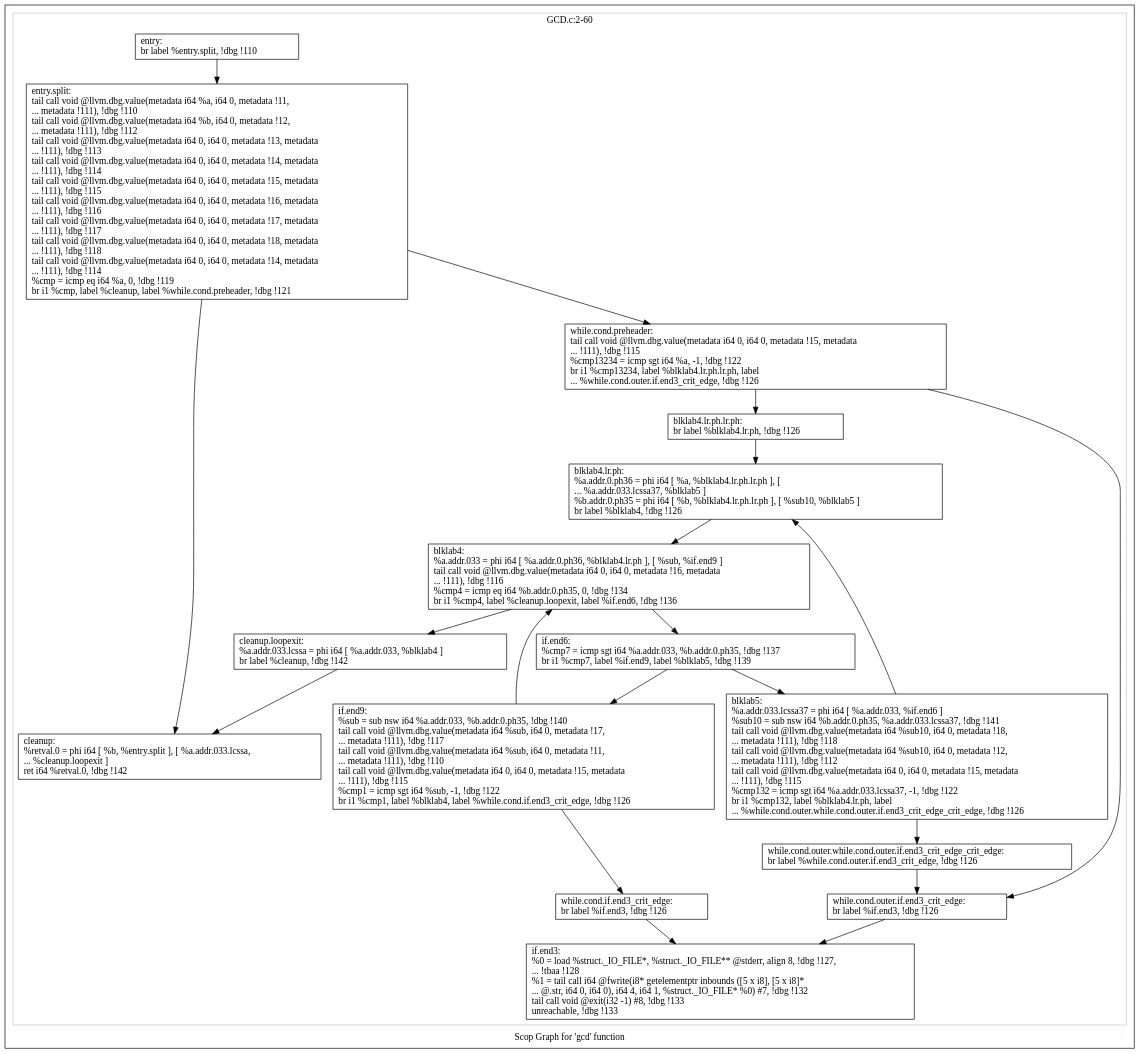
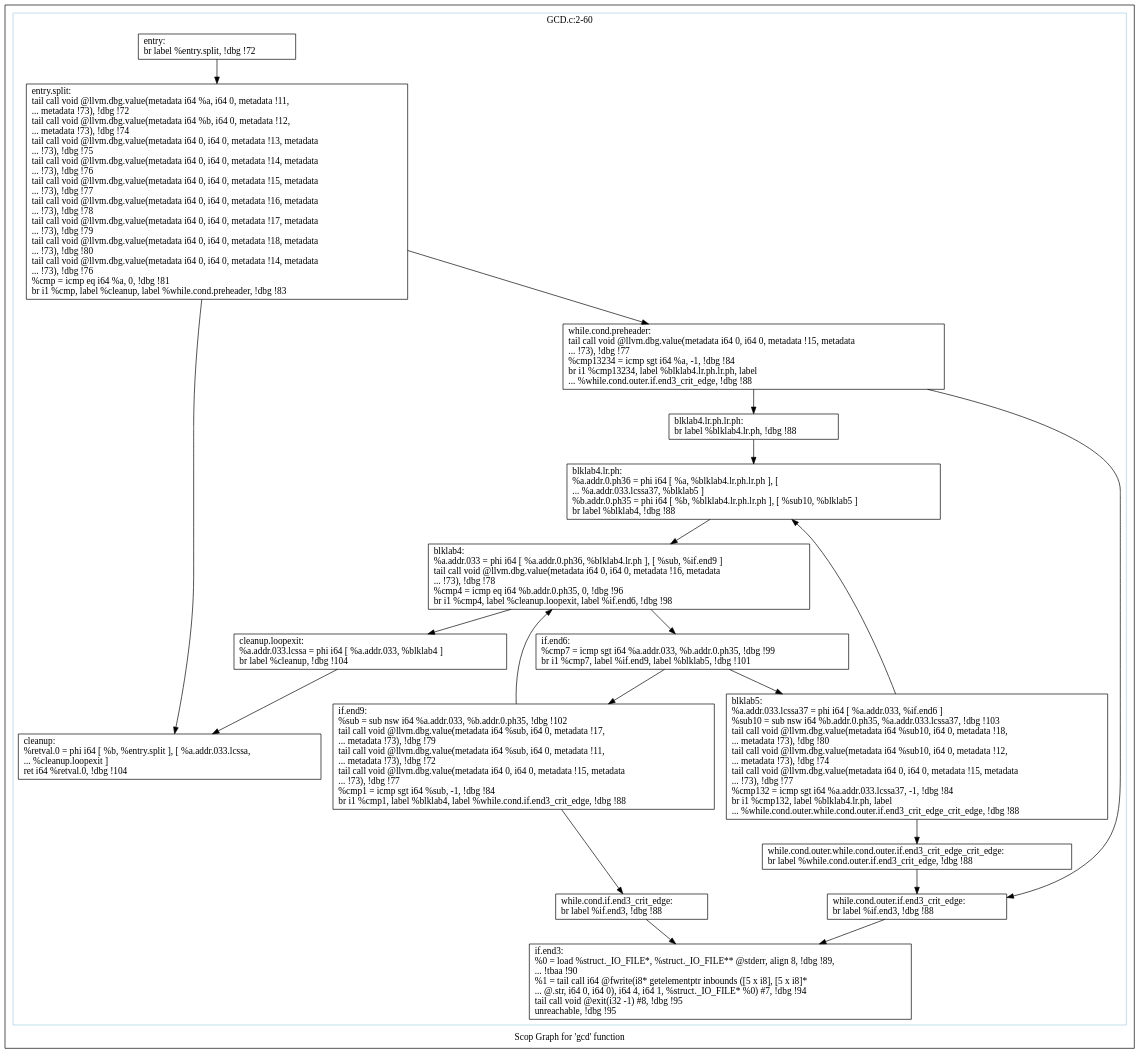
The diagram in polly/GCD/impl/autogenerate/dot/scops.gcd.dot (samminweng/WhileyOpenCL), drawn with Graphviz before and after one commit. The commit also changed 37 other files, not shown here.

```diff
--- a/polly/GCD/impl/autogenerate/dot/scops.gcd.dot
+++ b/polly/GCD/impl/autogenerate/dot/scops.gcd.dot
@@ -1,60 +1,60 @@
 digraph "Scop Graph for 'gcd' function" {
 	label="Scop Graph for 'gcd' function";
 
-	Node0xa81be10 [shape=record,label="{entry:\l  br label %entry.split, !dbg !110\l}"];
-	Node0xa81be10 -> Node0xa8071f0;
-	Node0xa8071f0 [shape=record,label="{entry.split:                                      \l  tail call void @llvm.dbg.value(metadata i64 %a, i64 0, metadata !11,\l... metadata !111), !dbg !110\l  tail call void @llvm.dbg.value(metadata i64 %b, i64 0, metadata !12,\l... metadata !111), !dbg !112\l  tail call void @llvm.dbg.value(metadata i64 0, i64 0, metadata !13, metadata\l... !111), !dbg !113\l  tail call void @llvm.dbg.value(metadata i64 0, i64 0, metadata !14, metadata\l... !111), !dbg !114\l  tail call void @llvm.dbg.value(metadata i64 0, i64 0, metadata !15, metadata\l... !111), !dbg !115\l  tail call void @llvm.dbg.value(metadata i64 0, i64 0, metadata !16, metadata\l... !111), !dbg !116\l  tail call void @llvm.dbg.value(metadata i64 0, i64 0, metadata !17, metadata\l... !111), !dbg !117\l  tail call void @llvm.dbg.value(metadata i64 0, i64 0, metadata !18, metadata\l... !111), !dbg !118\l  tail call void @llvm.dbg.value(metadata i64 0, i64 0, metadata !14, metadata\l... !111), !dbg !114\l  %cmp = icmp eq i64 %a, 0, !dbg !119\l  br i1 %cmp, label %cleanup, label %while.cond.preheader, !dbg !121\l}"];
-	Node0xa8071f0 -> Node0xa7fb380;
-	Node0xa8071f0 -> Node0xa807c10;
-	Node0xa7fb380 [shape=record,label="{cleanup:                                          \l  %retval.0 = phi i64 [ %b, %entry.split ], [ %a.addr.033.lcssa,\l... %cleanup.loopexit ]\l  ret i64 %retval.0, !dbg !142\l}"];
-	Node0xa807c10 [shape=record,label="{while.cond.preheader:                             \l  tail call void @llvm.dbg.value(metadata i64 0, i64 0, metadata !15, metadata\l... !111), !dbg !115\l  %cmp13234 = icmp sgt i64 %a, -1, !dbg !122\l  br i1 %cmp13234, label %blklab4.lr.ph.lr.ph, label\l... %while.cond.outer.if.end3_crit_edge, !dbg !126\l}"];
-	Node0xa807c10 -> Node0xa840d40;
-	Node0xa807c10 -> Node0xa817ad0;
-	Node0xa840d40 [shape=record,label="{blklab4.lr.ph.lr.ph:                              \l  br label %blklab4.lr.ph, !dbg !126\l}"];
-	Node0xa840d40 -> Node0xa818e20;
-	Node0xa818e20 [shape=record,label="{blklab4.lr.ph:                                    \l  %a.addr.0.ph36 = phi i64 [ %a, %blklab4.lr.ph.lr.ph ], [\l... %a.addr.033.lcssa37, %blklab5 ]\l  %b.addr.0.ph35 = phi i64 [ %b, %blklab4.lr.ph.lr.ph ], [ %sub10, %blklab5 ]\l  br label %blklab4, !dbg !126\l}"];
-	Node0xa818e20 -> Node0xa7f9ee0;
-	Node0xa7f9ee0 [shape=record,label="{blklab4:                                          \l  %a.addr.033 = phi i64 [ %a.addr.0.ph36, %blklab4.lr.ph ], [ %sub, %if.end9 ]\l  tail call void @llvm.dbg.value(metadata i64 0, i64 0, metadata !16, metadata\l... !111), !dbg !116\l  %cmp4 = icmp eq i64 %b.addr.0.ph35, 0, !dbg !134\l  br i1 %cmp4, label %cleanup.loopexit, label %if.end6, !dbg !136\l}"];
-	Node0xa7f9ee0 -> Node0xa7f5850;
-	Node0xa7f9ee0 -> Node0xa82dd10;
-	Node0xa7f5850 [shape=record,label="{cleanup.loopexit:                                 \l  %a.addr.033.lcssa = phi i64 [ %a.addr.033, %blklab4 ]\l  br label %cleanup, !dbg !142\l}"];
-	Node0xa7f5850 -> Node0xa7fb380;
-	Node0xa82dd10 [shape=record,label="{if.end6:                                          \l  %cmp7 = icmp sgt i64 %a.addr.033, %b.addr.0.ph35, !dbg !137\l  br i1 %cmp7, label %if.end9, label %blklab5, !dbg !139\l}"];
-	Node0xa82dd10 -> Node0xa815ea0;
-	Node0xa82dd10 -> Node0xa7f4700;
-	Node0xa815ea0 [shape=record,label="{if.end9:                                          \l  %sub = sub nsw i64 %a.addr.033, %b.addr.0.ph35, !dbg !140\l  tail call void @llvm.dbg.value(metadata i64 %sub, i64 0, metadata !17,\l... metadata !111), !dbg !117\l  tail call void @llvm.dbg.value(metadata i64 %sub, i64 0, metadata !11,\l... metadata !111), !dbg !110\l  tail call void @llvm.dbg.value(metadata i64 0, i64 0, metadata !15, metadata\l... !111), !dbg !115\l  %cmp1 = icmp sgt i64 %sub, -1, !dbg !122\l  br i1 %cmp1, label %blklab4, label %while.cond.if.end3_crit_edge, !dbg !126\l}"];
-	Node0xa815ea0 -> Node0xa7f9ee0;
-	Node0xa815ea0 -> Node0xa842e70;
-	Node0xa842e70 [shape=record,label="{while.cond.if.end3_crit_edge:                     \l  br label %if.end3, !dbg !126\l}"];
-	Node0xa842e70 -> Node0xa8020d0;
-	Node0xa8020d0 [shape=record,label="{if.end3:                                          \l  %0 = load %struct._IO_FILE*, %struct._IO_FILE** @stderr, align 8, !dbg !127,\l... !tbaa !128\l  %1 = tail call i64 @fwrite(i8* getelementptr inbounds ([5 x i8], [5 x i8]*\l... @.str, i64 0, i64 0), i64 4, i64 1, %struct._IO_FILE* %0) #7, !dbg !132\l  tail call void @exit(i32 -1) #8, !dbg !133\l  unreachable, !dbg !133\l}"];
-	Node0xa7f4700 [shape=record,label="{blklab5:                                          \l  %a.addr.033.lcssa37 = phi i64 [ %a.addr.033, %if.end6 ]\l  %sub10 = sub nsw i64 %b.addr.0.ph35, %a.addr.033.lcssa37, !dbg !141\l  tail call void @llvm.dbg.value(metadata i64 %sub10, i64 0, metadata !18,\l... metadata !111), !dbg !118\l  tail call void @llvm.dbg.value(metadata i64 %sub10, i64 0, metadata !12,\l... metadata !111), !dbg !112\l  tail call void @llvm.dbg.value(metadata i64 0, i64 0, metadata !15, metadata\l... !111), !dbg !115\l  %cmp132 = icmp sgt i64 %a.addr.033.lcssa37, -1, !dbg !122\l  br i1 %cmp132, label %blklab4.lr.ph, label\l... %while.cond.outer.while.cond.outer.if.end3_crit_edge_crit_edge, !dbg !126\l}"];
-	Node0xa7f4700 -> Node0xa818e20;
-	Node0xa7f4700 -> Node0xa81b0d0;
-	Node0xa81b0d0 [shape=record,label="{while.cond.outer.while.cond.outer.if.end3_crit_edge_crit_edge: \l  br label %while.cond.outer.if.end3_crit_edge, !dbg !126\l}"];
-	Node0xa81b0d0 -> Node0xa817ad0;
-	Node0xa817ad0 [shape=record,label="{while.cond.outer.if.end3_crit_edge:               \l  br label %if.end3, !dbg !126\l}"];
-	Node0xa817ad0 -> Node0xa8020d0;
+	Node0x9fe7360 [shape=record,label="{entry:\l  br label %entry.split, !dbg !72\l}"];
+	Node0x9fe7360 -> Node0x9fb6e30;
+	Node0x9fb6e30 [shape=record,label="{entry.split:                                      \l  tail call void @llvm.dbg.value(metadata i64 %a, i64 0, metadata !11,\l... metadata !73), !dbg !72\l  tail call void @llvm.dbg.value(metadata i64 %b, i64 0, metadata !12,\l... metadata !73), !dbg !74\l  tail call void @llvm.dbg.value(metadata i64 0, i64 0, metadata !13, metadata\l... !73), !dbg !75\l  tail call void @llvm.dbg.value(metadata i64 0, i64 0, metadata !14, metadata\l... !73), !dbg !76\l  tail call void @llvm.dbg.value(metadata i64 0, i64 0, metadata !15, metadata\l... !73), !dbg !77\l  tail call void @llvm.dbg.value(metadata i64 0, i64 0, metadata !16, metadata\l... !73), !dbg !78\l  tail call void @llvm.dbg.value(metadata i64 0, i64 0, metadata !17, metadata\l... !73), !dbg !79\l  tail call void @llvm.dbg.value(metadata i64 0, i64 0, metadata !18, metadata\l... !73), !dbg !80\l  tail call void @llvm.dbg.value(metadata i64 0, i64 0, metadata !14, metadata\l... !73), !dbg !76\l  %cmp = icmp eq i64 %a, 0, !dbg !81\l  br i1 %cmp, label %cleanup, label %while.cond.preheader, !dbg !83\l}"];
+	Node0x9fb6e30 -> Node0x9fb9080;
+	Node0x9fb6e30 -> Node0x9fe06f0;
+	Node0x9fb9080 [shape=record,label="{cleanup:                                          \l  %retval.0 = phi i64 [ %b, %entry.split ], [ %a.addr.033.lcssa,\l... %cleanup.loopexit ]\l  ret i64 %retval.0, !dbg !104\l}"];
+	Node0x9fe06f0 [shape=record,label="{while.cond.preheader:                             \l  tail call void @llvm.dbg.value(metadata i64 0, i64 0, metadata !15, metadata\l... !73), !dbg !77\l  %cmp13234 = icmp sgt i64 %a, -1, !dbg !84\l  br i1 %cmp13234, label %blklab4.lr.ph.lr.ph, label\l... %while.cond.outer.if.end3_crit_edge, !dbg !88\l}"];
+	Node0x9fe06f0 -> Node0x9ff57a0;
+	Node0x9fe06f0 -> Node0x9fd5390;
+	Node0x9ff57a0 [shape=record,label="{blklab4.lr.ph.lr.ph:                              \l  br label %blklab4.lr.ph, !dbg !88\l}"];
+	Node0x9ff57a0 -> Node0x9fc2a40;
+	Node0x9fc2a40 [shape=record,label="{blklab4.lr.ph:                                    \l  %a.addr.0.ph36 = phi i64 [ %a, %blklab4.lr.ph.lr.ph ], [\l... %a.addr.033.lcssa37, %blklab5 ]\l  %b.addr.0.ph35 = phi i64 [ %b, %blklab4.lr.ph.lr.ph ], [ %sub10, %blklab5 ]\l  br label %blklab4, !dbg !88\l}"];
+	Node0x9fc2a40 -> Node0x9fbd9a0;
+	Node0x9fbd9a0 [shape=record,label="{blklab4:                                          \l  %a.addr.033 = phi i64 [ %a.addr.0.ph36, %blklab4.lr.ph ], [ %sub, %if.end9 ]\l  tail call void @llvm.dbg.value(metadata i64 0, i64 0, metadata !16, metadata\l... !73), !dbg !78\l  %cmp4 = icmp eq i64 %b.addr.0.ph35, 0, !dbg !96\l  br i1 %cmp4, label %cleanup.loopexit, label %if.end6, !dbg !98\l}"];
+	Node0x9fbd9a0 -> Node0x9fd5520;
+	Node0x9fbd9a0 -> Node0x9fe7080;
+	Node0x9fd5520 [shape=record,label="{cleanup.loopexit:                                 \l  %a.addr.033.lcssa = phi i64 [ %a.addr.033, %blklab4 ]\l  br label %cleanup, !dbg !104\l}"];
+	Node0x9fd5520 -> Node0x9fb9080;
+	Node0x9fe7080 [shape=record,label="{if.end6:                                          \l  %cmp7 = icmp sgt i64 %a.addr.033, %b.addr.0.ph35, !dbg !99\l  br i1 %cmp7, label %if.end9, label %blklab5, !dbg !101\l}"];
+	Node0x9fe7080 -> Node0x9fecc30;
+	Node0x9fe7080 -> Node0x9fd5240;
+	Node0x9fecc30 [shape=record,label="{if.end9:                                          \l  %sub = sub nsw i64 %a.addr.033, %b.addr.0.ph35, !dbg !102\l  tail call void @llvm.dbg.value(metadata i64 %sub, i64 0, metadata !17,\l... metadata !73), !dbg !79\l  tail call void @llvm.dbg.value(metadata i64 %sub, i64 0, metadata !11,\l... metadata !73), !dbg !72\l  tail call void @llvm.dbg.value(metadata i64 0, i64 0, metadata !15, metadata\l... !73), !dbg !77\l  %cmp1 = icmp sgt i64 %sub, -1, !dbg !84\l  br i1 %cmp1, label %blklab4, label %while.cond.if.end3_crit_edge, !dbg !88\l}"];
+	Node0x9fecc30 -> Node0x9fbd9a0;
+	Node0x9fecc30 -> Node0x9fced90;
+	Node0x9fced90 [shape=record,label="{while.cond.if.end3_crit_edge:                     \l  br label %if.end3, !dbg !88\l}"];
+	Node0x9fced90 -> Node0x9fd3a40;
+	Node0x9fd3a40 [shape=record,label="{if.end3:                                          \l  %0 = load %struct._IO_FILE*, %struct._IO_FILE** @stderr, align 8, !dbg !89,\l... !tbaa !90\l  %1 = tail call i64 @fwrite(i8* getelementptr inbounds ([5 x i8], [5 x i8]*\l... @.str, i64 0, i64 0), i64 4, i64 1, %struct._IO_FILE* %0) #7, !dbg !94\l  tail call void @exit(i32 -1) #8, !dbg !95\l  unreachable, !dbg !95\l}"];
+	Node0x9fd5240 [shape=record,label="{blklab5:                                          \l  %a.addr.033.lcssa37 = phi i64 [ %a.addr.033, %if.end6 ]\l  %sub10 = sub nsw i64 %b.addr.0.ph35, %a.addr.033.lcssa37, !dbg !103\l  tail call void @llvm.dbg.value(metadata i64 %sub10, i64 0, metadata !18,\l... metadata !73), !dbg !80\l  tail call void @llvm.dbg.value(metadata i64 %sub10, i64 0, metadata !12,\l... metadata !73), !dbg !74\l  tail call void @llvm.dbg.value(metadata i64 0, i64 0, metadata !15, metadata\l... !73), !dbg !77\l  %cmp132 = icmp sgt i64 %a.addr.033.lcssa37, -1, !dbg !84\l  br i1 %cmp132, label %blklab4.lr.ph, label\l... %while.cond.outer.while.cond.outer.if.end3_crit_edge_crit_edge, !dbg !88\l}"];
+	Node0x9fd5240 -> Node0x9fc2a40;
+	Node0x9fd5240 -> Node0x9fd6680;
+	Node0x9fd6680 [shape=record,label="{while.cond.outer.while.cond.outer.if.end3_crit_edge_crit_edge: \l  br label %while.cond.outer.if.end3_crit_edge, !dbg !88\l}"];
+	Node0x9fd6680 -> Node0x9fd5390;
+	Node0x9fd5390 [shape=record,label="{while.cond.outer.if.end3_crit_edge:               \l  br label %if.end3, !dbg !88\l}"];
+	Node0x9fd5390 -> Node0x9fd3a40;
 	colorscheme = "paired12"
-        subgraph cluster_0xa7f3270 {
+        subgraph cluster_0x9fe5150 {
           label = "GCD.c:2-60
 ";
           style = solid;
           color = 1
-          Node0xa81be10;
-          Node0xa8071f0;
-          Node0xa7fb380;
-          Node0xa807c10;
-          Node0xa840d40;
-          Node0xa818e20;
-          Node0xa7f9ee0;
-          Node0xa7f5850;
-          Node0xa82dd10;
-          Node0xa815ea0;
-          Node0xa842e70;
-          Node0xa8020d0;
-          Node0xa7f4700;
-          Node0xa81b0d0;
-          Node0xa817ad0;
+          Node0x9fe7360;
+          Node0x9fb6e30;
+          Node0x9fb9080;
+          Node0x9fe06f0;
+          Node0x9ff57a0;
+          Node0x9fc2a40;
+          Node0x9fbd9a0;
+          Node0x9fd5520;
+          Node0x9fe7080;
+          Node0x9fecc30;
+          Node0x9fced90;
+          Node0x9fd3a40;
+          Node0x9fd5240;
+          Node0x9fd6680;
+          Node0x9fd5390;
         }
 }
```
